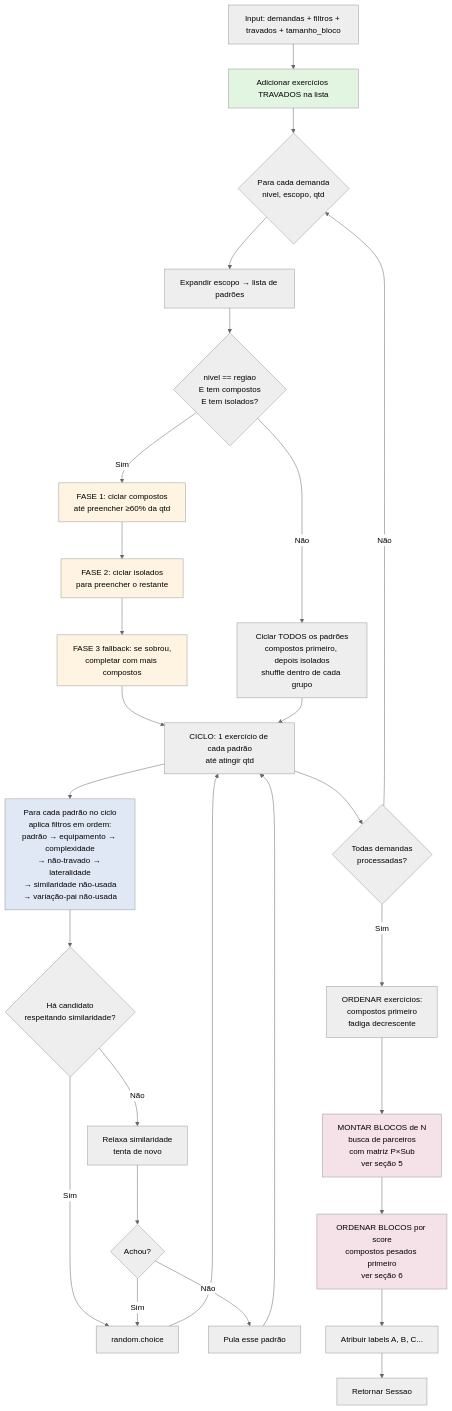
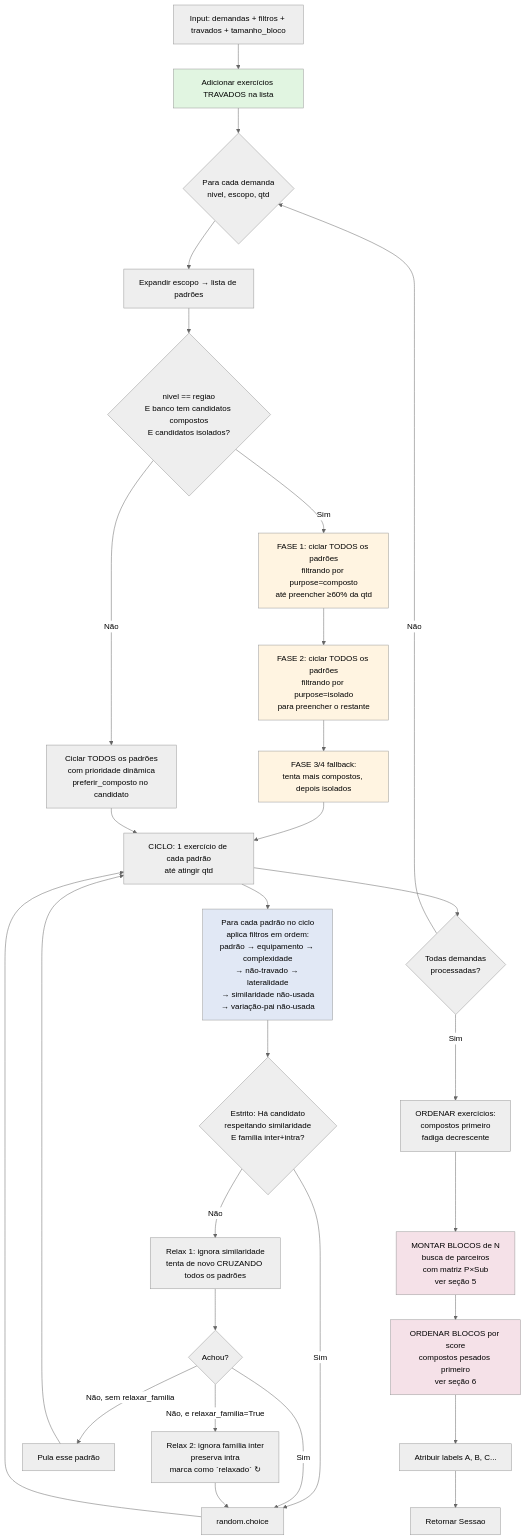
One commit to berfleck/workout-app2 changed the diagram in ideias/logica_gerador.md. Above: the diagram before and after it, drawn with Mermaid (neutral theme). The commit also changed other lines of this file and 3 other files, not shown here.

````diff
--- a/ideias/logica_gerador.md
+++ b/ideias/logica_gerador.md
@@ -39,46 +39,48 @@
 ```mermaid
 flowchart TD
     A[Input: demandas + filtros + travados + tamanho_bloco] --> B[Adicionar exercícios TRAVADOS na lista]
     B --> C{Para cada demanda<br/>nivel, escopo, qtd}
     C --> D[Expandir escopo → lista de padrões]
-    D --> E{nivel == regiao<br/>E tem compostos<br/>E tem isolados?}
+    D --> E{nivel == regiao<br/>E banco tem candidatos compostos<br/>E candidatos isolados?}
 
-    E -->|Sim| F[FASE 1: ciclar compostos<br/>até preencher ≥60% da qtd]
-    F --> G[FASE 2: ciclar isolados<br/>para preencher o restante]
-    G --> H[FASE 3 fallback: se sobrou,<br/>completar com mais compostos]
+    E -->|Sim| F[FASE 1: ciclar TODOS os padrões<br/>filtrando por purpose=composto<br/>até preencher ≥60% da qtd]
+    F --> G[FASE 2: ciclar TODOS os padrões<br/>filtrando por purpose=isolado<br/>para preencher o restante]
+    G --> H[FASE 3/4 fallback:<br/>tenta mais compostos, depois isolados]
 
-    E -->|Não| I[Ciclar TODOS os padrões<br/>compostos primeiro, depois isolados<br/>shuffle dentro de cada grupo]
+    E -->|Não| I[Ciclar TODOS os padrões<br/>com prioridade dinâmica<br/>preferir_composto no candidato]
 
     H --> J[CICLO: 1 exercício de cada padrão<br/>até atingir qtd]
     I --> J
 
     J --> K[Para cada padrão no ciclo<br/>aplica filtros em ordem:<br/>padrão → equipamento → complexidade<br/>→ não-travado → lateralidade<br/>→ similaridade não-usada<br/>→ variação-pai não-usada]
 
-    K --> L{Há candidato<br/>respeitando similaridade?}
+    K --> L{Estrito: Há candidato<br/>respeitando similaridade<br/>E família inter+intra?}
     L -->|Sim| M[random.choice]
-    L -->|Não| N[Relaxa similaridade<br/>tenta de novo]
-    N --> O{Achou?}
-    O -->|Sim| M
-    O -->|Não| P[Pula esse padrão]
+    L -->|Não| N1[Relax 1: ignora similaridade<br/>tenta de novo CRUZANDO todos os padrões]
+    N1 --> O1{Achou?}
+    O1 -->|Sim| M
+    O1 -->|Não, e relaxar_familia=True| N2[Relax 2: ignora família inter<br/>preserva intra<br/>marca como `relaxado` ↻]
+    N2 --> M
+    O1 -->|Não, sem relaxar_familia| P[Pula esse padrão]
     P --> J
     M --> J
 
     J --> Q{Todas demandas<br/>processadas?}
     Q -->|Não| C
     Q -->|Sim| R[ORDENAR exercícios:<br/>compostos primeiro<br/>fadiga decrescente]
 
     R --> S[MONTAR BLOCOS de N<br/>busca de parceiros<br/>com matriz P×Sub<br/>ver seção 5]
 
     S --> T[ORDENAR BLOCOS por score<br/>compostos pesados primeiro<br/>ver seção 6]
 
     T --> U[Atribuir labels A, B, C...]
     U --> V[Retornar Sessao]
 
     style B fill:#e1f5e1
     style F fill:#fff4e1
     style G fill:#fff4e1
     style H fill:#fff4e1
     style K fill:#e1e8f5
     style S fill:#f5e1e8
     style T fill:#f5e1e8
 ```
````
